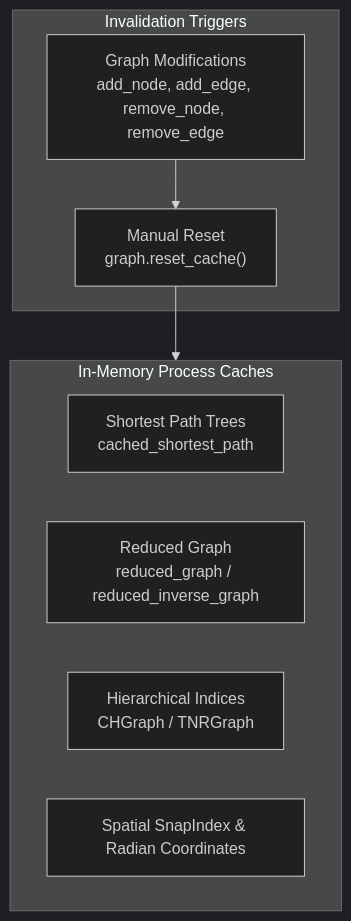
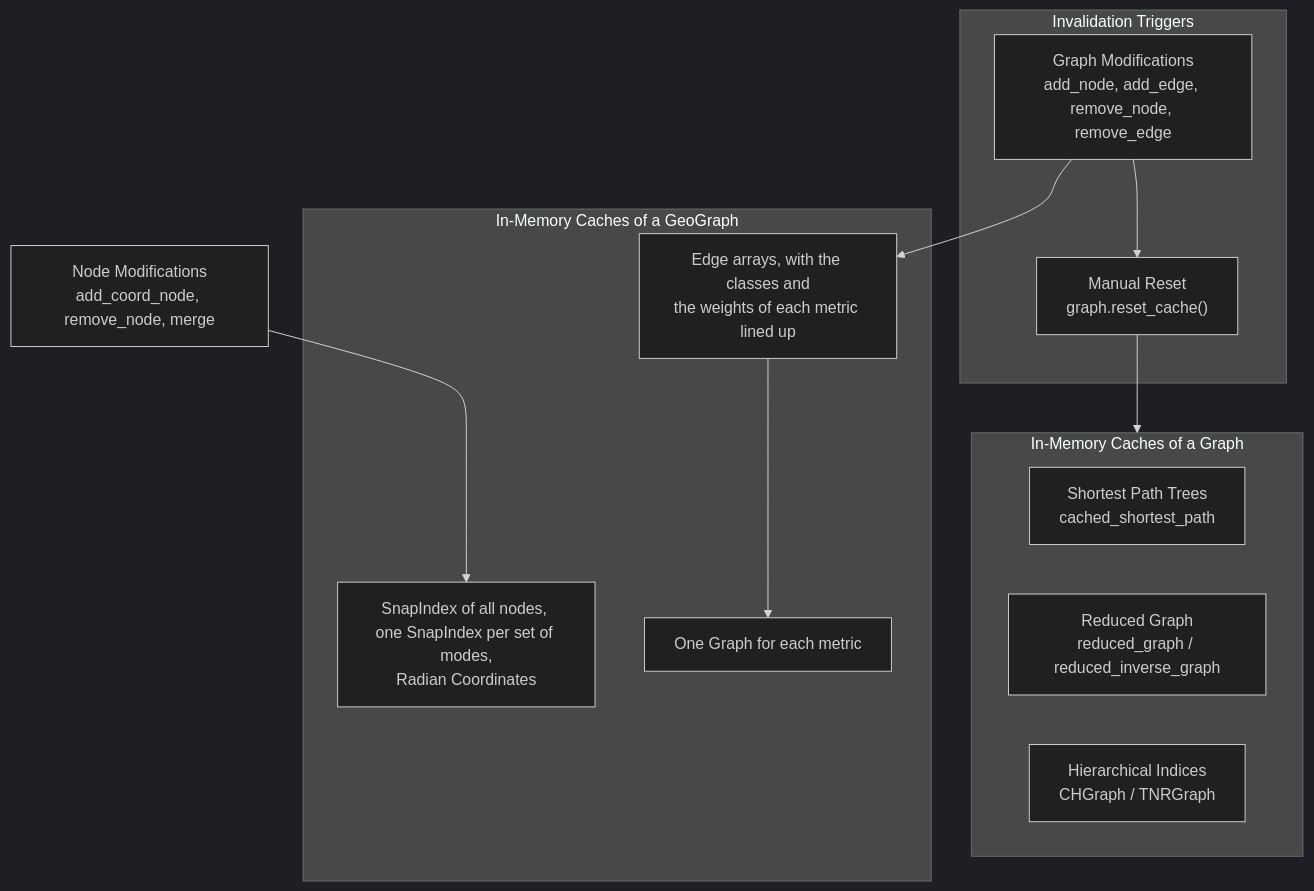
One commit to connor-makowski/scgraph changed the fourth of 4 diagrams in ARCHITECTURE.md. Above: the diagram before and after it, drawn with Mermaid (dark theme). The commit also changed other lines of this file and 4 other files, not shown here.

````diff
--- a/ARCHITECTURE.md
+++ b/ARCHITECTURE.md
@@ -276,15 +304,23 @@
 ```mermaid
 flowchart TD
-    subgraph RAM["In-Memory Process Caches"]
+    subgraph RAM["In-Memory Caches of a Graph"]
         T["Shortest Path Trees<br/>cached_shortest_path"]
         R["Reduced Graph<br/>reduced_graph / reduced_inverse_graph"]
         H["Hierarchical Indices<br/>CHGraph / TNRGraph"]
-        S["Spatial SnapIndex & Radian Coordinates"]
+    end
+    subgraph GEO["In-Memory Caches of a GeoGraph"]
+        S["SnapIndex of all nodes, one SnapIndex per set of modes,<br/>Radian Coordinates"]
+        W["Edge arrays, with the classes and<br/>the weights of each metric lined up"]
+        MG["One Graph for each metric"]
     end
     subgraph Triggers["Invalidation Triggers"]
         M["Graph Modifications<br/>add_node, add_edge, remove_node, remove_edge"]
         C["Manual Reset<br/>graph.reset_cache()"]
     end
+    N["Node Modifications<br/>add_coord_node, remove_node, merge"]
     M --> C
     C --> RAM
+    M --> W
+    W --> MG
+    N --> S
 ```
````
